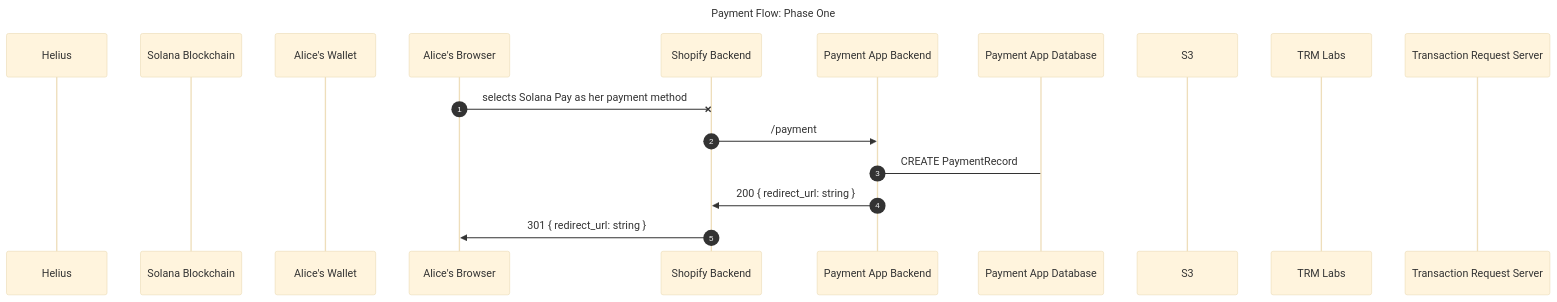
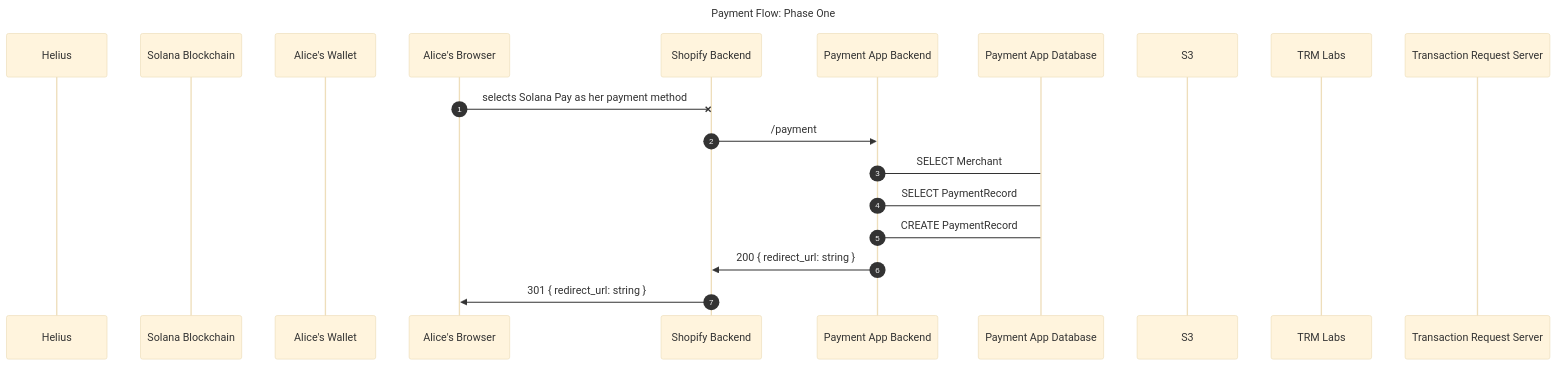
One commit to Tru3Bliss/solana-modern-pay changed the first of 7 diagrams in system-design/README.md. Above: the diagram before and after it, drawn with Mermaid (base theme). The commit also changed other lines of this file, not shown here.

First line of the commit message:
Tj/sys design flow updates (#76)

````diff
--- a/system-design/README.md
+++ b/system-design/README.md
@@ -30,20 +30,22 @@
 ```mermaid
 sequenceDiagram
     title Payment Flow: Phase One
     autonumber
     participant Helius
     participant Solana as Solana Blockchain
     participant Wallet as Alice's Wallet
     participant Alice as Alice's Browser
     participant SHOP as Shopify Backend
     participant BACKEND as Payment App Backend
     participant DATABASE as Payment App Database
     participant S3
     participant TRM as TRM Labs
     participant TRS as Transaction Request Server
     Alice-xSHOP: selects Solana Pay as her payment method
     SHOP->>BACKEND: /payment
+    BACKEND->DATABASE: SELECT Merchant
+    BACKEND->DATABASE: SELECT PaymentRecord
     BACKEND->DATABASE: CREATE PaymentRecord
     BACKEND->>SHOP: 200 { redirect_url: string }
     SHOP->>Alice: 301 { redirect_url: string }
 ```
````
